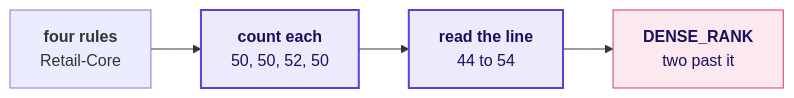
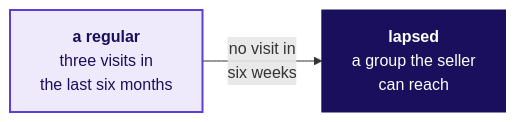
One commit to fde-academy-lab/c2-content-factory changed diagram 14 of 20 in content/W02/D3/slides/C2_W02_D03_half1_STUDENT.md. Above: the diagram before and after it, drawn with Mermaid. The commit also changed other lines of this file and 3 other files, not shown here.

````diff
--- a/content/W02/D3/slides/C2_W02_D03_half1_STUDENT.md
+++ b/content/W02/D3/slides/C2_W02_D03_half1_STUDENT.md
@@ -567,10 +1101,8 @@
 ```mermaid
 flowchart LR
-    L["<b>four rules</b><br/>Retail-Core"] --> N["<b>count each</b><br/>50, 50, 52, 50"]
-    N --> B["<b>read the line</b><br/>44 to 54"]
-    B --> W["<b>DENSE_RANK</b><br/>two past it"]
+    R["<b>a regular</b><br/>three visits in<br/>the last six months"] -->|"no visit in<br/>six weeks"| L["<b>lapsed</b><br/>a group the seller<br/>can reach"]
     classDef known fill:#EEEAFB,stroke:#5B3FD6,color:#1A0F5C,stroke-width:2px
-    classDef bad fill:#FBE9EF,stroke:#D63A6A,color:#1A0F5C
-    class N,B known
-    class W bad
+    classDef bet fill:#1A0F5C,stroke:#1A0F5C,color:#FFFFFF
+    class R known
+    class L bet
 ```
````
